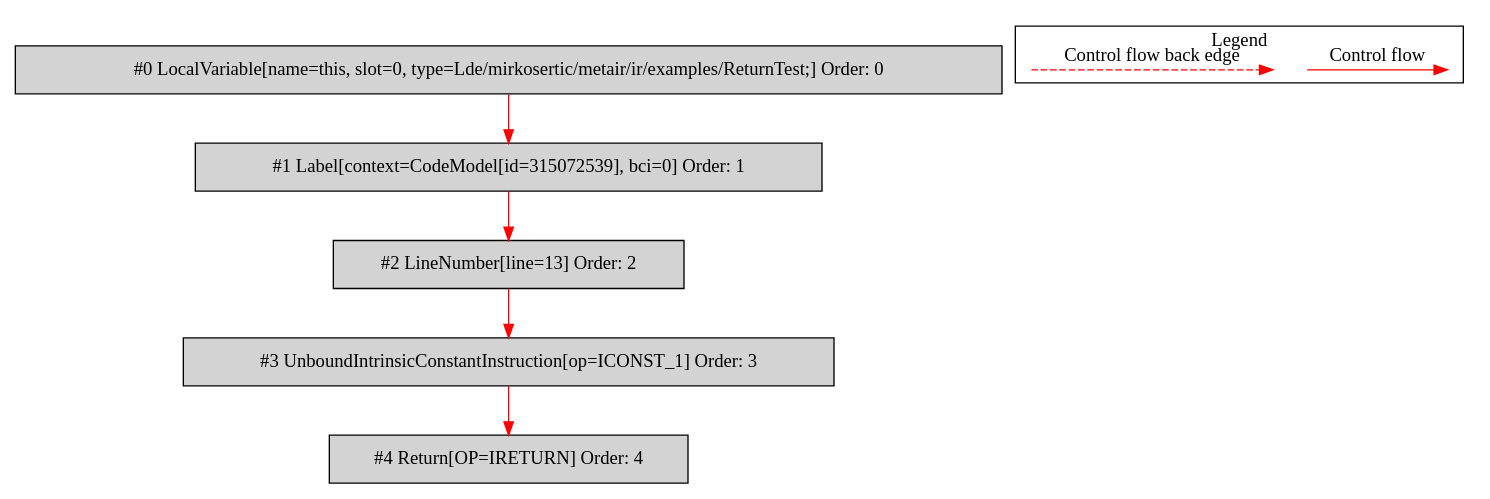
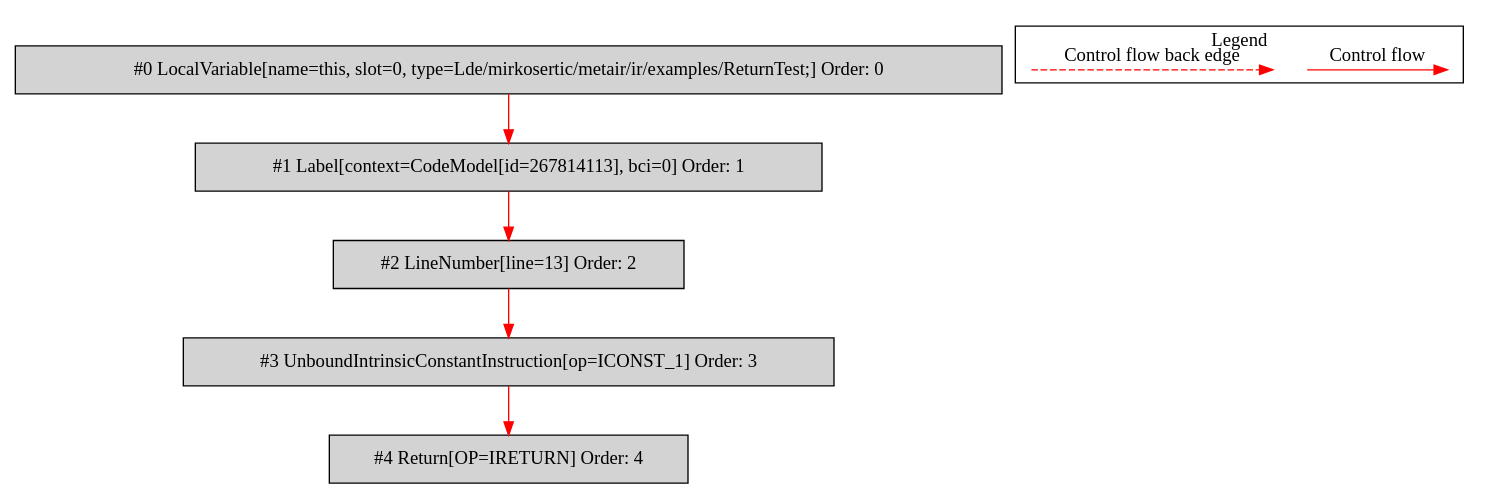
One commit to mirkosertic/MetaIR changed the diagram in de.mirkosertic.metair.ir.examples.ReturnTest/returnBoolean/bytecodecfg.dot. Above: the diagram before and after it, drawn with Graphviz. The commit also changed 1507 other files, not shown here.

```diff
--- a/de.mirkosertic.metair.ir.examples.ReturnTest/returnBoolean/bytecodecfg.dot
+++ b/de.mirkosertic.metair.ir.examples.ReturnTest/returnBoolean/bytecodecfg.dot
@@ -1,26 +1,26 @@
 digraph {
  ordering="in";
  node0[label="#0 LocalVariable[name=this, slot=0, type=Lde/mirkosertic/metair/ir/examples/ReturnTest;] Order: 0", shape=box, fillcolor=lightgrey, style=filled];
- node1[label="#1 Label[context=CodeModel[id=315072539], bci=0] Order: 1", shape=box, fillcolor=lightgrey, style=filled];
+ node1[label="#1 Label[context=CodeModel[id=267814113], bci=0] Order: 1", shape=box, fillcolor=lightgrey, style=filled];
  node2[label="#2 LineNumber[line=13] Order: 2", shape=box, fillcolor=lightgrey, style=filled];
  node3[label="#3 UnboundIntrinsicConstantInstruction[op=ICONST_1] Order: 3", shape=box, fillcolor=lightgrey, style=filled];
  node4[label="#4 Return[OP=IRETURN] Order: 4", shape=box, fillcolor=lightgrey, style=filled];
  node0 -> node1[color=red];
  node1 -> node2[color=red];
  node2 -> node3[color=red];
  node3 -> node4[color=red];
  subgraph cluster_000 {
   label = "Legend";
   node [shape=point]
   {
    rank=same;
    c0 [style = invis];
    c1 [style = invis];
    c2 [style = invis];
    c3 [style = invis];
   }
   c0 -> c1 [label="Control flow", style=solid, color=red]
   c2 -> c3 [label="Control flow back edge", style=dashed, color=red]
  }
 
 }
```
